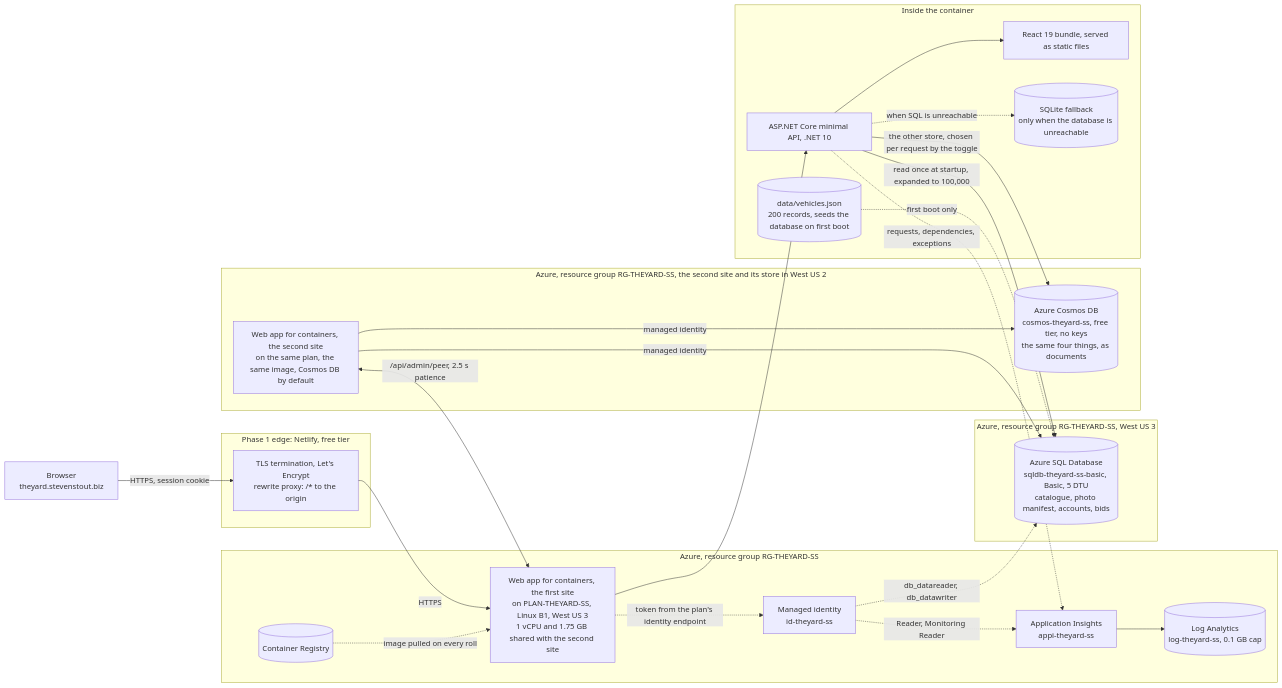
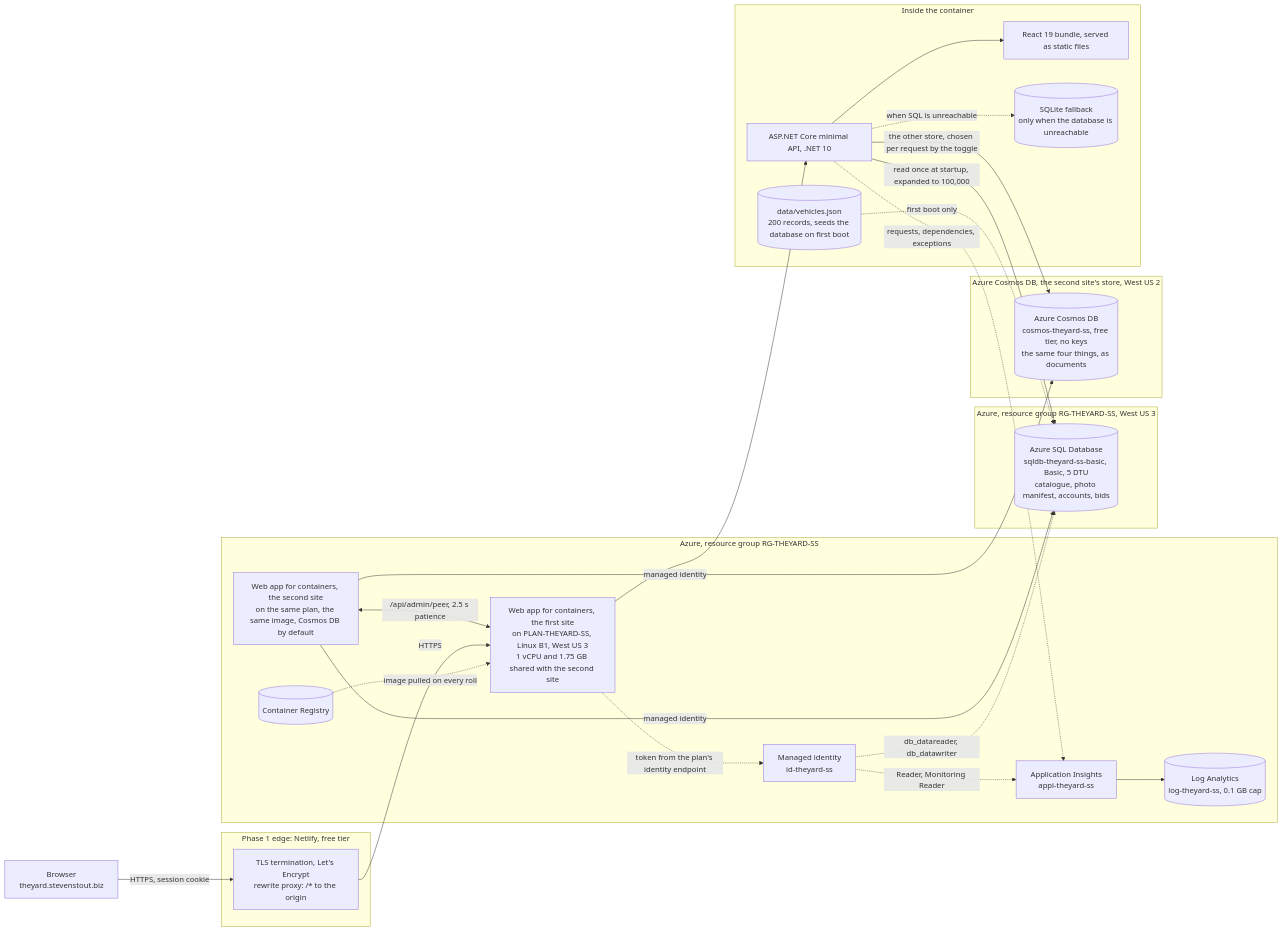
Before and after one commit to SteveStout/TheYard: the first of 3 diagrams in docs/ARCHITECTURE.md, drawn with Mermaid. The commit also changed other lines of this file and 17 other files, not shown here.

````diff
--- a/docs/ARCHITECTURE.md
+++ b/docs/ARCHITECTURE.md
@@ -25,50 +25,51 @@
 ```mermaid
 flowchart LR
   B["Browser<br/>theyard.stevenstout.biz"]
 
   subgraph edge["Phase 1 edge: Netlify, free tier"]
     TLS["TLS termination, Let's Encrypt<br/>rewrite proxy: /* to the origin"]
   end
 
   subgraph azure["Azure, resource group RG-THEYARD-SS"]
     ACI["Web app for containers, the first site<br/>on PLAN-THEYARD-SS, Linux B1, West US 3<br/>1 vCPU and 1.75 GB shared with the second site"]
     ACR[("Container Registry")]
     MI["Managed identity<br/>id-theyard-ss"]
     AI["Application Insights<br/>appi-theyard-ss"]
     LAW[("Log Analytics<br/>log-theyard-ss, 0.1 GB cap")]
+    ACI2["Web app for containers, the second site<br/>on the same plan, the same image, Cosmos DB by default"]
   end
 
   subgraph sql["Azure, resource group RG-THEYARD-SS, West US 3"]
     SQL[("Azure SQL Database<br/>sqldb-theyard-ss-basic, Basic, 5 DTU<br/>catalogue, photo manifest, accounts, bids")]
   end
 
-  subgraph cosmos["Azure, resource group RG-THEYARD-SS, the second site and its store in West US 2"]
-    ACI2["Web app for containers, the second site<br/>on the same plan, the same image, Cosmos DB by default"]
+  subgraph cosmos["Azure Cosmos DB, the second site's store, West US 2"]
     COSMOS[("Azure Cosmos DB<br/>cosmos-theyard-ss, free tier, no keys<br/>the same four things, as documents")]
-    ACI2 -->|managed identity| COSMOS
-    ACI2 -->|managed identity| SQL
-    ACI2 <-->|/api/admin/peer, 2.5 s patience| ACI
   end
+
+  ACI2 -->|managed identity| COSMOS
+  ACI2 -->|managed identity| SQL
+  ACI2 <-->|/api/admin/peer, 2.5 s patience| ACI
 
   subgraph box["Inside the container"]
     API["ASP.NET Core minimal API, .NET 10"]
     SPA["React 19 bundle, served as static files"]
     SEED[("data/vehicles.json<br/>200 records, seeds the database on first boot")]
     FILE[("SQLite fallback<br/>only when the database is unreachable")]
   end
 
   B -->|HTTPS, session cookie| TLS
   TLS -->|HTTPS| ACI
   ACI --> API
   API --> SPA
   API -->|read once at startup, expanded to 100,000| SQL
   API -->|the other store, chosen per request by the toggle| COSMOS
   API -.->|when SQL is unreachable| FILE
   MI -.->|db_datareader, db_datawriter| SQL
   SEED -.->|first boot only| SQL
   ACR -.->|image pulled on every roll| ACI
   ACI -.->|token from the plan's identity endpoint| MI
   MI -.->|Reader, Monitoring Reader| AI
   API -.->|requests, dependencies, exceptions| AI
   AI --> LAW
 ```
````
